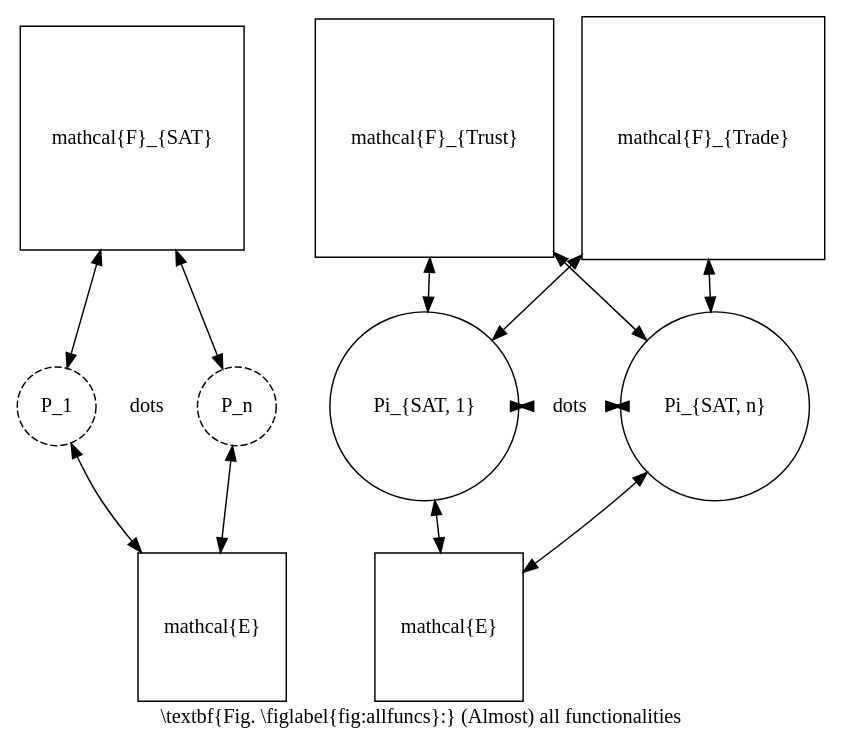
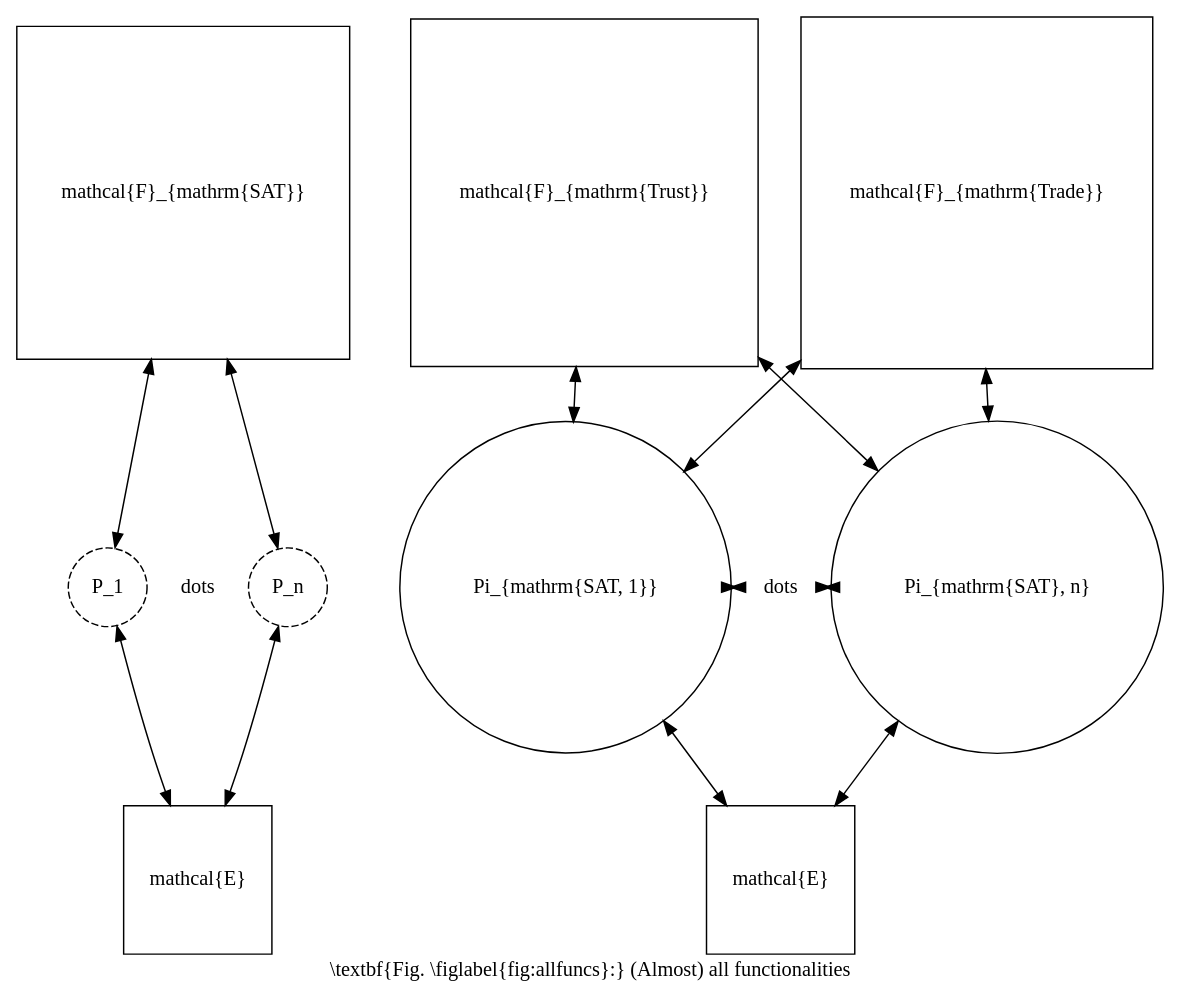
The diagram in src/figures/allfuncs.dot (OrfeasLitos/UC-Trust), drawn with Graphviz before and after one commit. The commit also changed 17 other files, not shown here.

```diff
--- a/src/figures/allfuncs.dot
+++ b/src/figures/allfuncs.dot
@@ -1,68 +1,67 @@
 digraph G {
   graph [
     texmode=raw,
     label="\\textbf{Fig. \\figlabel{fig:allfuncs}:} (Almost) all functionalities"
   ];
   node [shape="circle", texmode=math];
   edge [texmode=math, dir=both];
   nodesep=0.05;
   minlen=0.05;
 
   rankdir=BT;
 
   {
     graph [texlbl=""];
 
     env1 -> dum1;
     env1 -> dum2;
 
     {
       graph [texlbl=""];
       rank=same;
       rankdir=LR;
       dum1 -> dots1 [style="invis"];
       dots1 -> dum2 [style="invis"];
     }
 
     dum1 -> fsat;
     dum2 -> fsat;
 
     env1 [label="\mathcal{E}", shape="square"];
     dum1 [label="P_1", style="dashed"];
     dots1 [label="\dots", color="white"];
     dum2 [label="P_n", style="dashed"];
-    fsat [label="\mathcal{F}_{SAT}", shape="square"];
+    fsat [label="\mathcal{F}_{\mathrm{SAT}}", shape="square"];
   }
 
   {
     graph [texlbl=""];
 
     env2 [label="\mathcal{E}", shape="square"];
-    prot1 [label="\Pi_{SAT, 1}"];
+    prot1 [label="\Pi_{\mathrm{SAT, 1}}"];
     dots2 [label="\dots", color="white"];
-    prot2 [label="\Pi_{SAT, n}"];
-    fsat [label="\mathcal{F}_{SAT}", shape="square"];
-    ftrade [label="\mathcal{F}_{Trade}", shape="square"];
-    ftrust [label="\mathcal{F}_{Trust}", shape="square"];
+    prot2 [label="\Pi_{\mathrm{SAT}, n}"];
+    ftrade [label="\mathcal{F}_{\mathrm{Trade}}", shape="square"];
+    ftrust [label="\mathcal{F}_{\mathrm{Trust}}", shape="square"];
 
     env2 -> prot1;
     env2 -> prot2;
 
     {
       graph [texlbl=""];
       rank=same;
       rankdir=LR;
       prot1 -> dots2;
       dots2 -> prot2;
     }
 
     prot1 -> ftrust;
     prot2 -> ftrust;
     prot1 -> ftrade;
     prot2 -> ftrade;
   }
 
   dum2 -> prot1 [
     style="invis", ltail=cluster0, lhead=cluster1, constraint=false
   ];
 }
```
